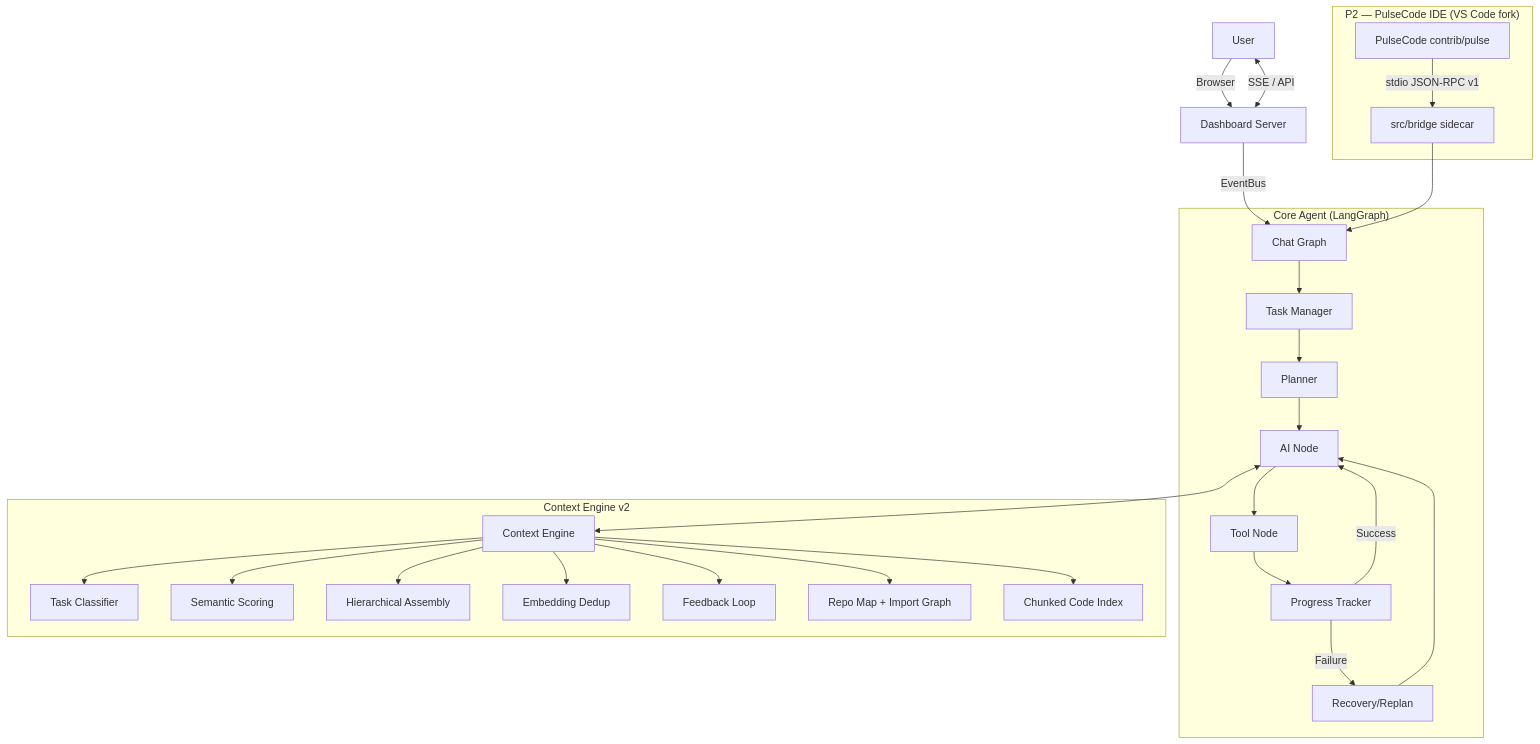
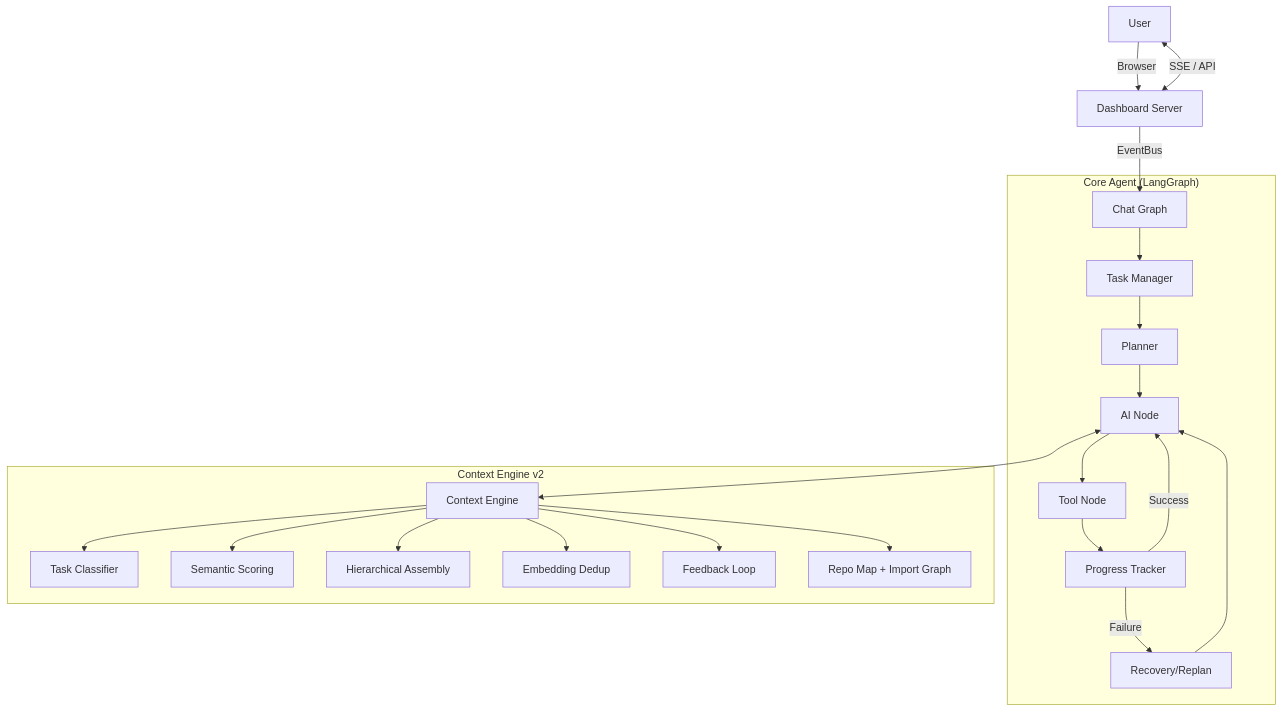
The diagram in README.md (SriAkhilSJ/PulseAIRepo), drawn with Mermaid before and after one commit. The commit also changed other lines of this file and 16 other files, not shown here.

````diff
--- a/README.md
+++ b/README.md
@@ -152,34 +117,28 @@
 ```mermaid
 flowchart TD
     U[User] -->|Browser| DASH[Dashboard Server]
     DASH -->|EventBus| GRAPH[Chat Graph]
 
     subgraph "Core Agent (LangGraph)"
         GRAPH --> TM[Task Manager]
         TM --> PL[Planner]
         PL --> AI[AI Node]
         AI --> TOOLS[Tool Node]
         TOOLS --> PROGRESS[Progress Tracker]
         PROGRESS -->|Success| AI
         PROGRESS -->|Failure| REC[Recovery/Replan]
         REC --> AI
     end
 
     subgraph "Context Engine v2"
         AI <--> CE[Context Engine]
         CE --> TC[Task Classifier]
         CE --> SC[Semantic Scoring]
         CE --> HA[Hierarchical Assembly]
         CE --> DD[Embedding Dedup]
         CE --> FB[Feedback Loop]
         CE --> RM[Repo Map + Import Graph]
-        CE --> CI[Chunked Code Index]
     end
 
     DASH <-->|SSE / API| U
-
-    subgraph "P2 — PulseCode IDE (VS Code fork)"
-        FORK[PulseCode contrib/pulse] -->|stdio JSON-RPC v1| BRIDGE[src/bridge sidecar]
-        BRIDGE --> GRAPH
-    end
 ```
````
